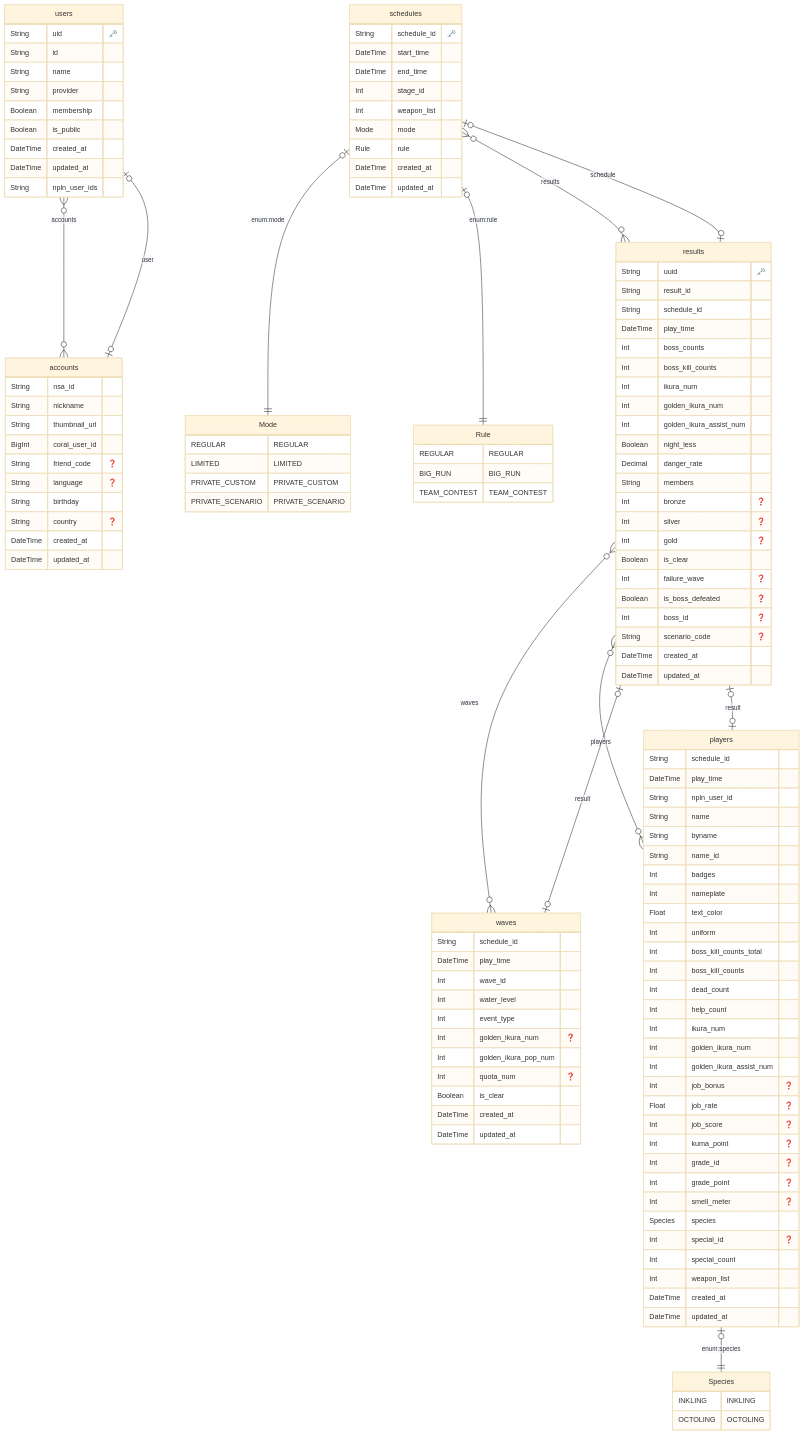
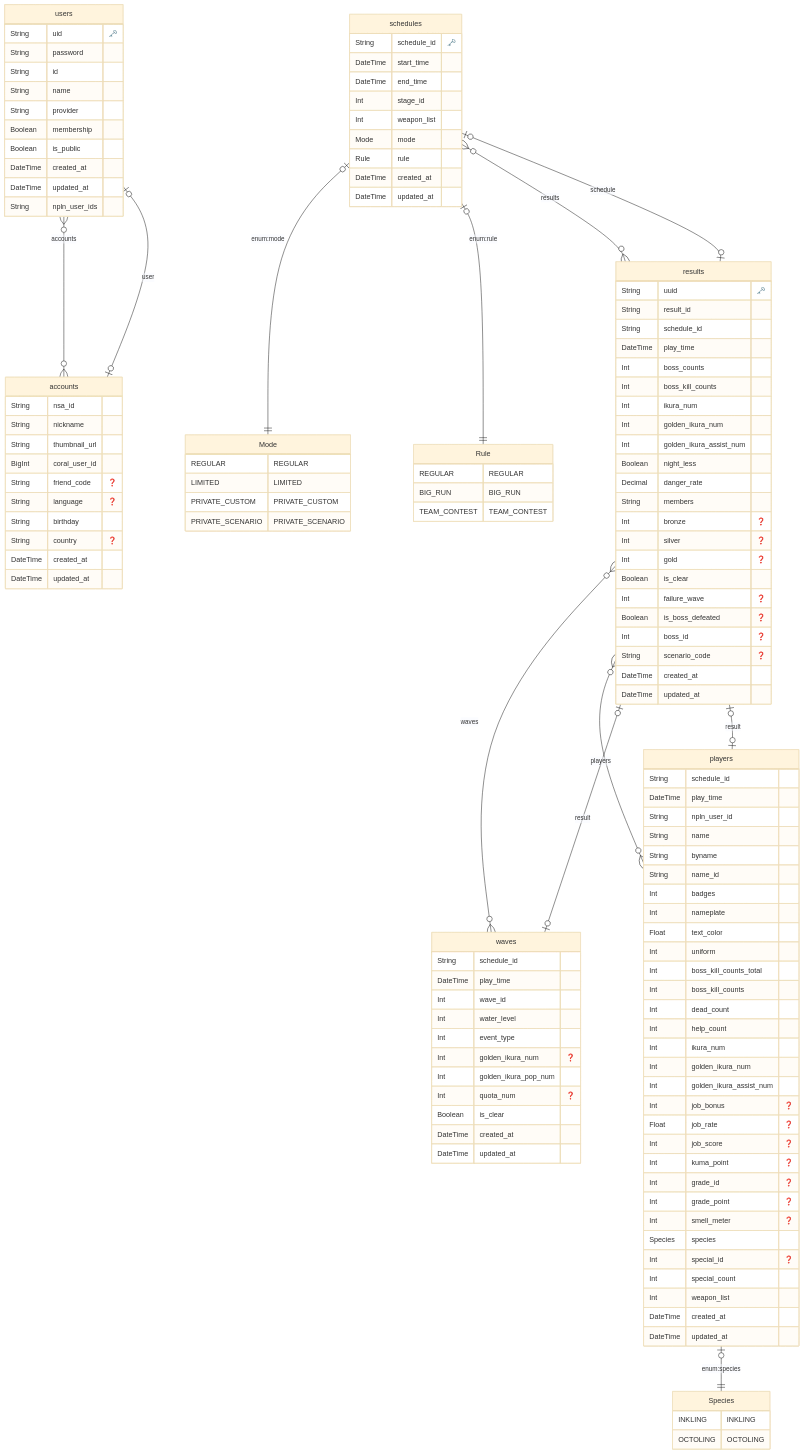
Before and after one commit to salmonstats3/av5ja_stats_api: the diagram in prisma/erd.md, drawn with Mermaid (base theme). The commit also changed 2 other files, not shown here.

Commit message:
Add documents for Prisma

```diff
--- a/prisma/erd.md
+++ b/prisma/erd.md
@@ -25,6 +25,7 @@
     
   "users" {
     String uid "🗝️"
+    String password 
     String id 
     String name 
     String provider 
```
